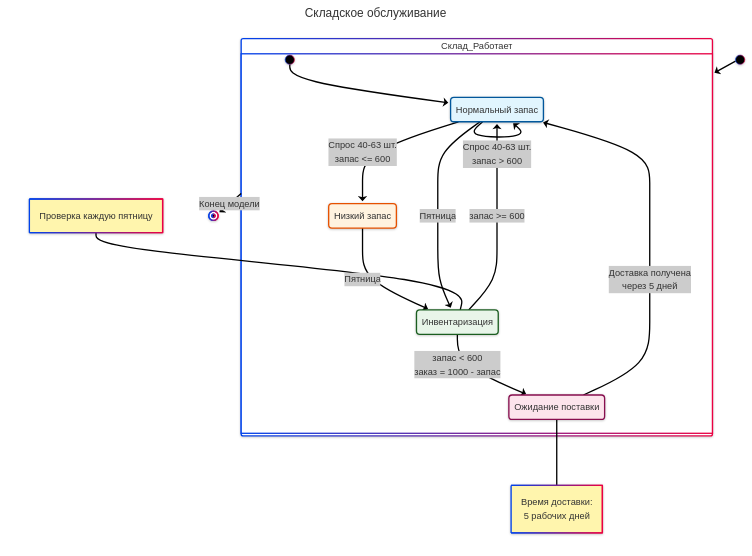
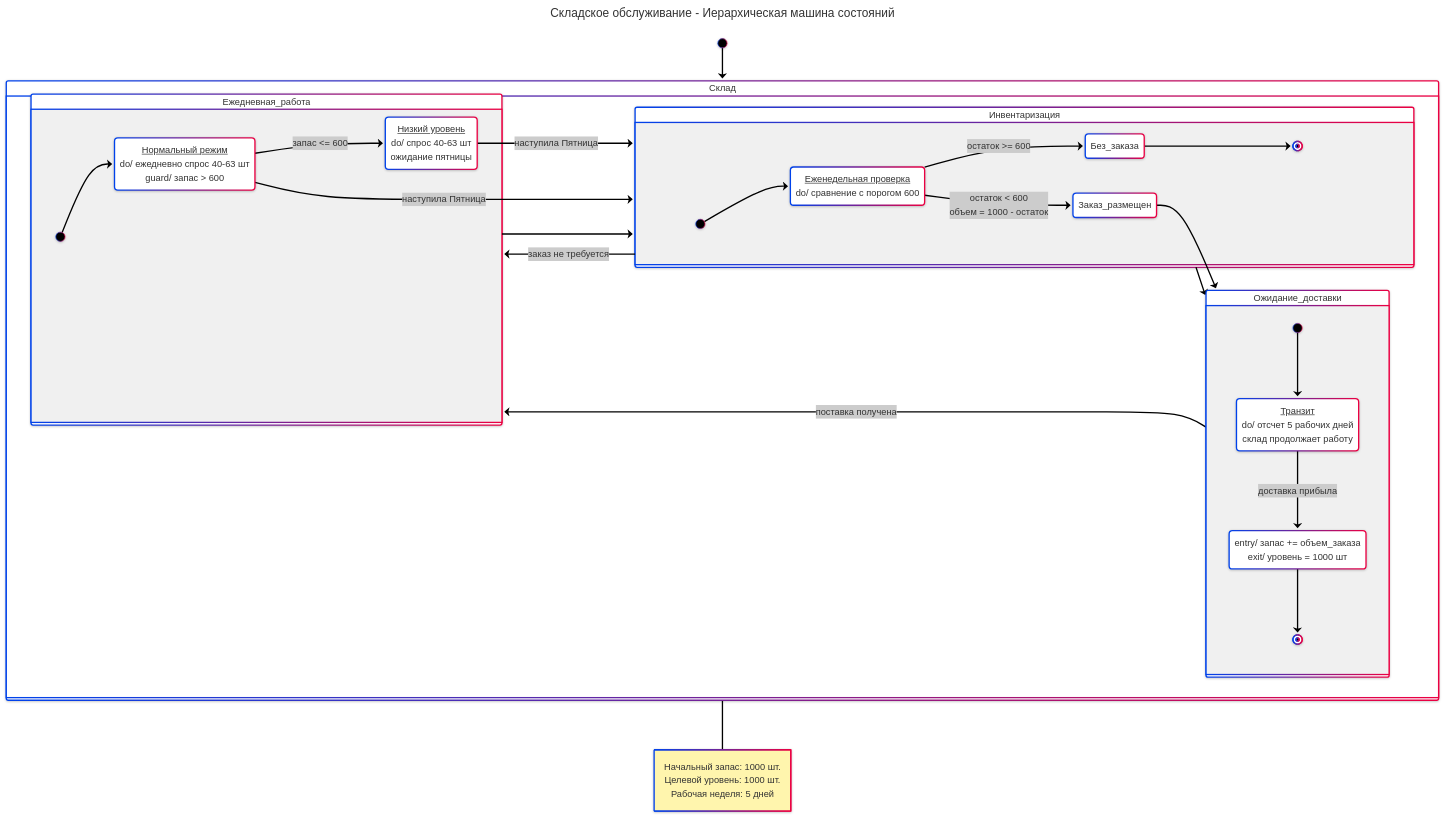
Before and after one commit to thePontific/6sem: the second of 2 diagrams in sem15.md, drawn with Mermaid.

````diff
--- a/sem15.md
+++ b/sem15.md
@@ -64,53 +64,57 @@
 ```mermaid
 ---
-title: Складское обслуживание
+title: Складское обслуживание - Иерархическая машина состояний
 config:
   theme: neo
   look: neo
 ---
 stateDiagram-v2
 direction TB
 
-[*]--> Склад_Работает
+[*] --> Склад
 
-state Склад_Работает {
+state Склад {
     direction LR
-    
-    state "Нормальный запас" as Normal
-    state "Низкий запас" as Low
-    state "Ожидание поставки" as Waiting
-    state "Инвентаризация" as Inventory
-    
-    [*]--> Normal
-    
-    Normal--> Normal: Спрос 40-63 шт.<br>запас > 600
-    Normal--> Low: Спрос 40-63 шт.<br>запас <= 600
-    
-    Low--> Inventory: Пятница
-    Normal--> Inventory: Пятница
-    
-    Inventory--> Normal: запас >= 600
-    Inventory--> Waiting: запас < 600<br>заказ = 1000 - запас
-    
-    Waiting--> Normal: Доставка получена<br>через 5 дней
-    
-    note right of Waiting
-      Время доставки:<br>5 рабочих дней
-    end note
-    note left of Inventory
-      Проверка каждую пятницу
-    end note
+
+    %% === БЛОК 1: Ежедневная работа ===
+    state Ежедневная_работа {
+        [*] --> Нормальный_запас
+        Нормальный_запас: <u>Нормальный режим</u><br>do/ ежедневно спрос 40-63 шт<br>guard/ запас > 600
+        Нормальный_запас --> Низкий_запас: запас <= 600
+        Низкий_запас: <u>Низкий уровень</u><br>do/ спрос 40-63 шт<br>ожидание пятницы
+        Низкий_запас --> Инвентаризация: наступила Пятница
+        Нормальный_запас --> Инвентаризация: наступила Пятница
+    }
+
+    %% === БЛОК 2: Инвентаризация (Пятница) ===
+    state Инвентаризация {
+        [*] --> Сверка_остатка
+        Сверка_остатка: <u>Еженедельная проверка</u><br>do/ сравнение с порогом 600
+        Сверка_остатка --> Без_заказа: остаток >= 600
+        Сверка_остатка --> Заказ_размещен: остаток < 600<br>объем = 1000 - остаток
+        Без_заказа --> [*]
+        Заказ_размещен --> Ожидание_доставки
+    }
+
+    %% === БЛОК 3: Логистика ===
+    state Ожидание_доставки {
+        [*] --> В_пути
+        В_пути: <u>Транзит</u><br>do/ отсчет 5 рабочих дней<br>склад продолжает работу
+        В_пути --> Пополнение: доставка прибыла
+        Пополнение: entry/ запас += объем_заказа<br>exit/ уровень = 1000 шт
+        Пополнение --> [*]
+    }
+
+    %% Связи между вложенными состояниями
+    Ежедневная_работа --> Инвентаризация
+    Инвентаризация --> Ожидание_доставки
+    Ожидание_доставки --> Ежедневная_работа: поставка получена
+    Инвентаризация --> Ежедневная_работа: заказ не требуется
 }
 
-Склад_Работает--> [*]: Конец модели
-
-classDef normalState fill:#e1f5fe,stroke:#01579b
-classDef lowState fill:#fff3e0,stroke:#e65100
-classDef waitState fill:#fce4ec,stroke:#880e4f
-classDef inventoryState fill:#e8f5e9,stroke:#1b5e20
-
-class Normal normalState
-class Low lowState
-class Waiting waitState
-class Inventory inventoryState
+note right of Склад
+  Начальный запас: 1000 шт.
+  Целевой уровень: 1000 шт.
+  Рабочая неделя: 5 дней
+end note
 ```
````
